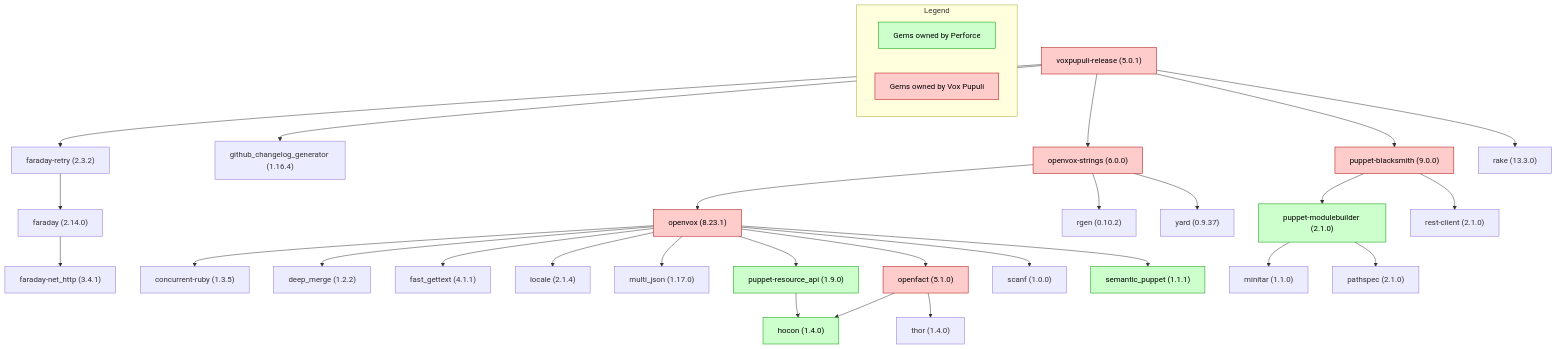
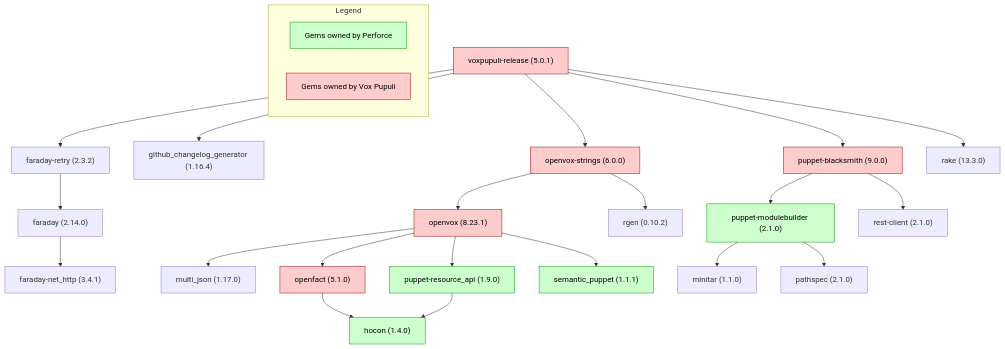
Before and after one commit to voxpupuli/voxpupuli.github.io: the third of 4 diagrams in _docs/how_to_run_tests.md, drawn with Mermaid. The commit also changed other lines of this file, not shown here.

Commit message:
regenerate graphs

```diff
--- a/_docs/how_to_run_tests.md
+++ b/_docs/how_to_run_tests.md
@@ -256,47 +244,40 @@
 <div class="mermaid">
 graph TD
   subgraph Legend
   puppetlabs["Gems owned by Perforce"]
   voxpupuli["Gems owned by Vox Pupuli"]
   end
   voxpupuli-release["voxpupuli-release (5.0.1)"] --> faraday-retry["faraday-retry (2.3.2)"]
   faraday-retry["faraday-retry (2.3.2)"] --> faraday["faraday (2.14.0)"]
   faraday["faraday (2.14.0)"] --> faraday-net_http["faraday-net_http (3.4.1)"]
   voxpupuli-release["voxpupuli-release (5.0.1)"] --> github_changelog_generator["github_changelog_generator (1.16.4)"]
   voxpupuli-release["voxpupuli-release (5.0.1)"] --> openvox-strings["openvox-strings (6.0.0)"]
   openvox-strings["openvox-strings (6.0.0)"] --> openvox["openvox (8.23.1)"]
-  openvox["openvox (8.23.1)"] --> concurrent-ruby["concurrent-ruby (1.3.5)"]
-  openvox["openvox (8.23.1)"] --> deep_merge["deep_merge (1.2.2)"]
-  openvox["openvox (8.23.1)"] --> fast_gettext["fast_gettext (4.1.1)"]
-  openvox["openvox (8.23.1)"] --> locale["locale (2.1.4)"]
   openvox["openvox (8.23.1)"] --> multi_json["multi_json (1.17.0)"]
   openvox["openvox (8.23.1)"] --> openfact["openfact (5.1.0)"]
   openfact["openfact (5.1.0)"] --> hocon["hocon (1.4.0)"]
-  openfact["openfact (5.1.0)"] --> thor["thor (1.4.0)"]
   openvox["openvox (8.23.1)"] --> puppet-resource_api["puppet-resource_api (1.9.0)"]
   puppet-resource_api["puppet-resource_api (1.9.0)"] --> hocon["hocon (1.4.0)"]
-  openvox["openvox (8.23.1)"] --> scanf["scanf (1.0.0)"]
   openvox["openvox (8.23.1)"] --> semantic_puppet["semantic_puppet (1.1.1)"]
   openvox-strings["openvox-strings (6.0.0)"] --> rgen["rgen (0.10.2)"]
-  openvox-strings["openvox-strings (6.0.0)"] --> yard["yard (0.9.37)"]
   voxpupuli-release["voxpupuli-release (5.0.1)"] --> puppet-blacksmith["puppet-blacksmith (9.0.0)"]
   puppet-blacksmith["puppet-blacksmith (9.0.0)"] --> puppet-modulebuilder["puppet-modulebuilder (2.1.0)"]
   puppet-modulebuilder["puppet-modulebuilder (2.1.0)"] --> minitar["minitar (1.1.0)"]
   puppet-modulebuilder["puppet-modulebuilder (2.1.0)"] --> pathspec["pathspec (2.1.0)"]
   puppet-blacksmith["puppet-blacksmith (9.0.0)"] --> rest-client["rest-client (2.1.0)"]
   voxpupuli-release["voxpupuli-release (5.0.1)"] --> rake["rake (13.3.0)"]
 
   classDef voxpupuli fill:#ffcccc,stroke:#aa0000,color:#000;
   classDef puppetlabs fill:#ccffcc,stroke:#009900,color:#000;
   class puppetlabs puppetlabs;
   class voxpupuli voxpupuli;
   class voxpupuli-release voxpupuli;
   class openvox-strings voxpupuli;
   class openvox voxpupuli;
   class openfact voxpupuli;
   class hocon puppetlabs;
   class puppet-resource_api puppetlabs;
   class semantic_puppet puppetlabs;
   class puppet-blacksmith voxpupuli;
   class puppet-modulebuilder puppetlabs;
 </div>
```
